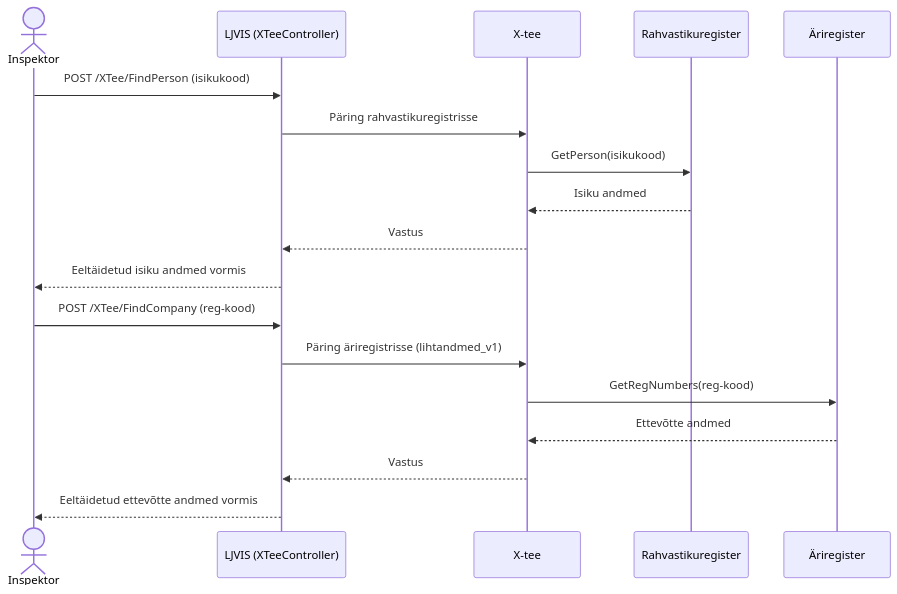
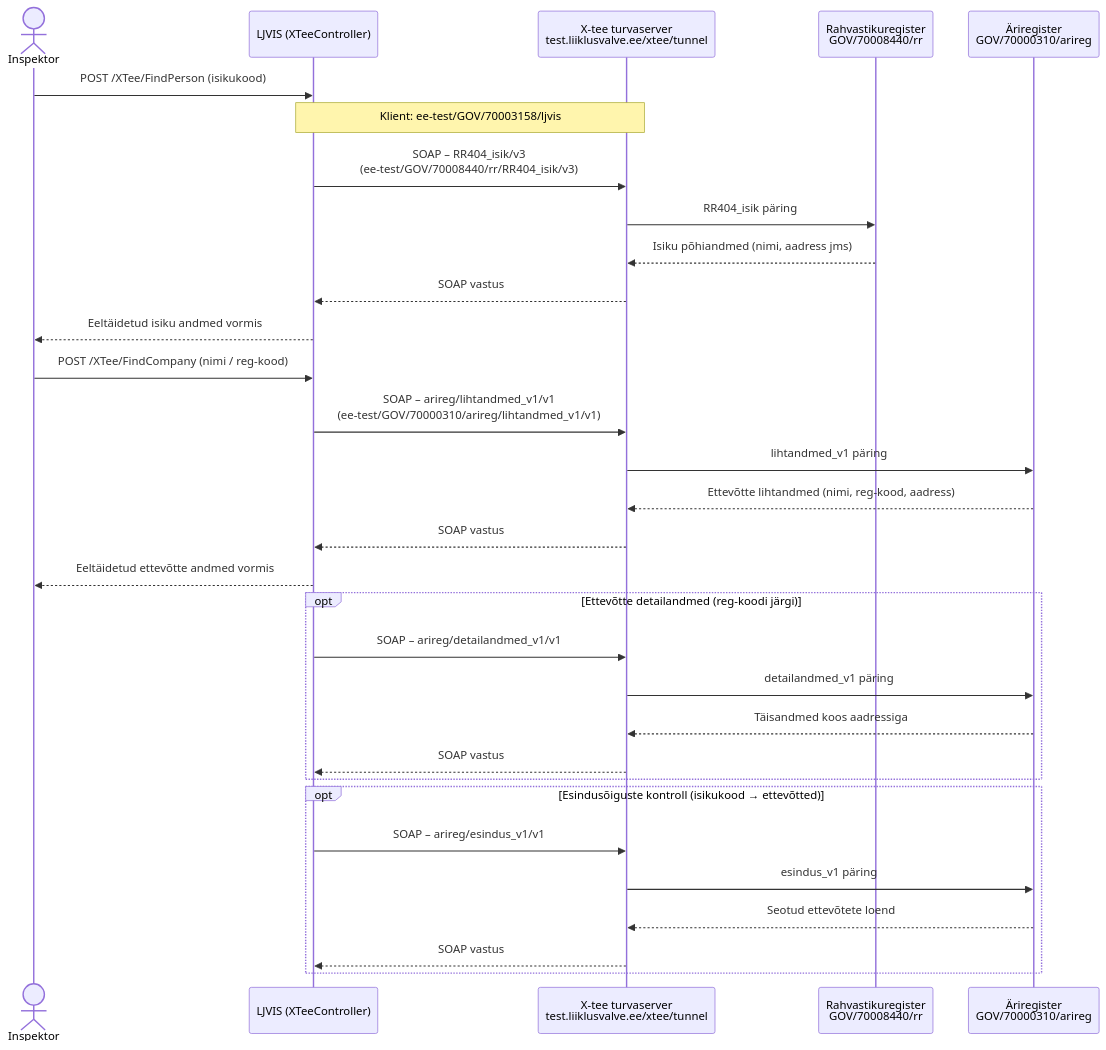
Before and after one commit to kemit-ee/ljvis-2: the fourth of 19 diagrams in architecture/use-cases.md, drawn with Mermaid. The commit also changed other lines of this file, not shown here.

Commit message:
updated usecases with xtee info

````diff
--- a/architecture/use-cases.md
+++ b/architecture/use-cases.md
@@ -351,22 +351,37 @@
 ```mermaid
 sequenceDiagram
     actor Inspektor
     participant UI as LJVIS (XTeeController)
-    participant XTee as X-tee
-    participant RR as Rahvastikuregister
-    participant BR as Äriregister
+    participant Tunnel as X-tee turvaserver<br/>test.liiklusvalve.ee/xtee/tunnel
+    participant RR as Rahvastikuregister<br/>GOV/70008440/rr
+    participant BR as Äriregister<br/>GOV/70000310/arireg
 
     Inspektor->>UI: POST /XTee/FindPerson (isikukood)
-    UI->>XTee: Päring rahvastikuregistrisse
-    XTee->>RR: GetPerson(isikukood)
-    RR-->>XTee: Isiku andmed
-    XTee-->>UI: Vastus
+    Note over UI,Tunnel: Klient: ee-test/GOV/70003158/ljvis
+    UI->>Tunnel: SOAP – RR404_isik/v3<br/>(ee-test/GOV/70008440/rr/RR404_isik/v3)
+    Tunnel->>RR: RR404_isik päring
+    RR-->>Tunnel: Isiku põhiandmed (nimi, aadress jms)
+    Tunnel-->>UI: SOAP vastus
     UI-->>Inspektor: Eeltäidetud isiku andmed vormis
 
-    Inspektor->>UI: POST /XTee/FindCompany (reg-kood)
-    UI->>XTee: Päring äriregistrisse (lihtandmed_v1)
-    XTee->>BR: GetRegNumbers(reg-kood)
-    BR-->>XTee: Ettevõtte andmed
-    XTee-->>UI: Vastus
+    Inspektor->>UI: POST /XTee/FindCompany (nimi / reg-kood)
+    UI->>Tunnel: SOAP – arireg/lihtandmed_v1/v1<br/>(ee-test/GOV/70000310/arireg/lihtandmed_v1/v1)
+    Tunnel->>BR: lihtandmed_v1 päring
+    BR-->>Tunnel: Ettevõtte lihtandmed (nimi, reg-kood, aadress)
+    Tunnel-->>UI: SOAP vastus
     UI-->>Inspektor: Eeltäidetud ettevõtte andmed vormis
+
+    opt Ettevõtte detailandmed (reg-koodi järgi)
+        UI->>Tunnel: SOAP – arireg/detailandmed_v1/v1
+        Tunnel->>BR: detailandmed_v1 päring
+        BR-->>Tunnel: Täisandmed koos aadressiga
+        Tunnel-->>UI: SOAP vastus
+    end
+
+    opt Esindusõiguste kontroll (isikukood → ettevõtted)
+        UI->>Tunnel: SOAP – arireg/esindus_v1/v1
+        Tunnel->>BR: esindus_v1 päring
+        BR-->>Tunnel: Seotud ettevõtete loend
+        Tunnel-->>UI: SOAP vastus
+    end
 ```
````
